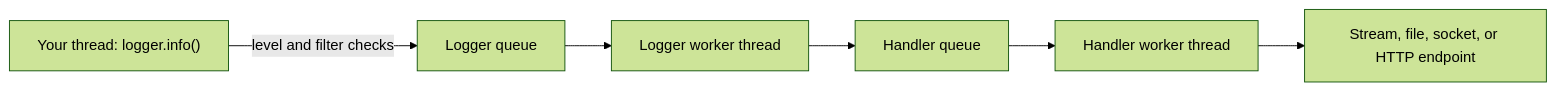
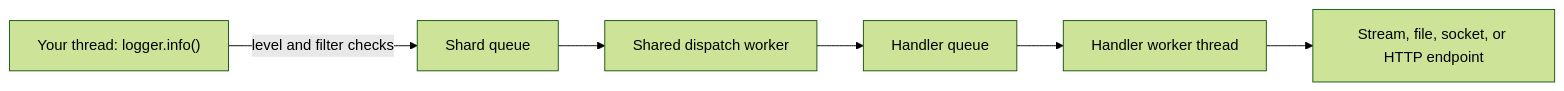
One commit to leynos/femtologging changed the first of 2 diagrams in docs/users-guide.md. Above: the diagram before and after it, drawn with Mermaid (forest theme). The commit also changed other lines of this file and 4 other files, not shown here.

````diff
--- a/docs/users-guide.md
+++ b/docs/users-guide.md
@@ -117,8 +120,8 @@
 ```mermaid
 flowchart LR
-    caller["Your thread: logger.info()"] -->|"level and filter checks"| lq["Logger queue"]
-    lq --> lw["Logger worker thread"]
+    caller["Your thread: logger.info()"] -->|"level and filter checks"| lq["Shard queue"]
+    lq --> lw["Shared dispatch worker"]
     lw --> hq["Handler queue"]
     hq --> hw["Handler worker thread"]
     hw --> sink["Stream, file, socket, or HTTP endpoint"]
 ```
````
